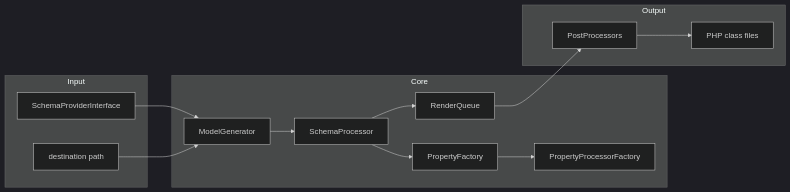
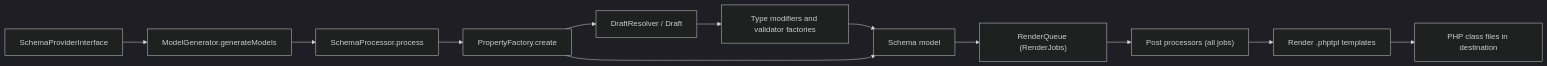
One commit to goddtriffin/json-schema-rs changed the first of 2 diagrams in research/reports/php/wol-soft-php-json-schema-model-generator.md. Above: the diagram before and after it, drawn with Mermaid (dark theme). The commit also changed other lines of this file and 51 other files, not shown here.

````diff
--- a/research/reports/php/wol-soft-php-json-schema-model-generator.md
+++ b/research/reports/php/wol-soft-php-json-schema-model-generator.md
@@ -93,26 +104,14 @@
 ```mermaid
 flowchart LR
-  subgraph input [Input]
-    Provider[SchemaProviderInterface]
-    Dest[destination path]
-  end
-  subgraph core [Core]
-    Gen[ModelGenerator]
-    Proc[SchemaProcessor]
-    PF[PropertyFactory]
-    PPF[PropertyProcessorFactory]
-    Queue[RenderQueue]
-    Gen --> Proc
-    Proc --> PF
-    PF --> PPF
-    Proc --> Queue
-  end
-  subgraph output [Output]
-    Post[PostProcessors]
-    Files[PHP class files]
-    Queue --> Post
-    Post --> Files
-  end
-  Provider --> Gen
-  Dest --> Gen
+  Provider["SchemaProviderInterface"] --> Gen["ModelGenerator.generateModels"]
+  Gen --> SP["SchemaProcessor.process"]
+  SP --> PF["PropertyFactory.create"]
+  PF --> DR["DraftResolver / Draft"]
+  DR --> Mods["Type modifiers and validator factories"]
+  Mods --> Schema["Schema model"]
+  PF --> Schema
+  Schema --> Queue["RenderQueue (RenderJobs)"]
+  Queue --> PP["Post processors (all jobs)"]
+  PP --> Render["Render .phptpl templates"]
+  Render --> Files["PHP class files in destination"]
 ```
````
